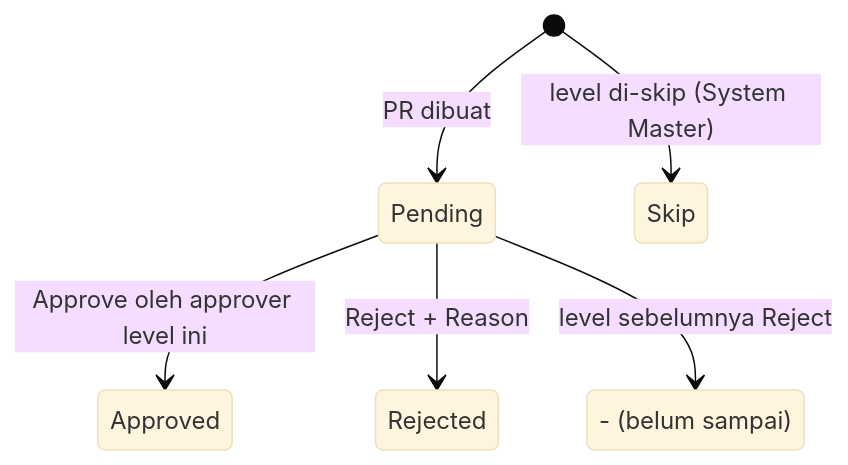
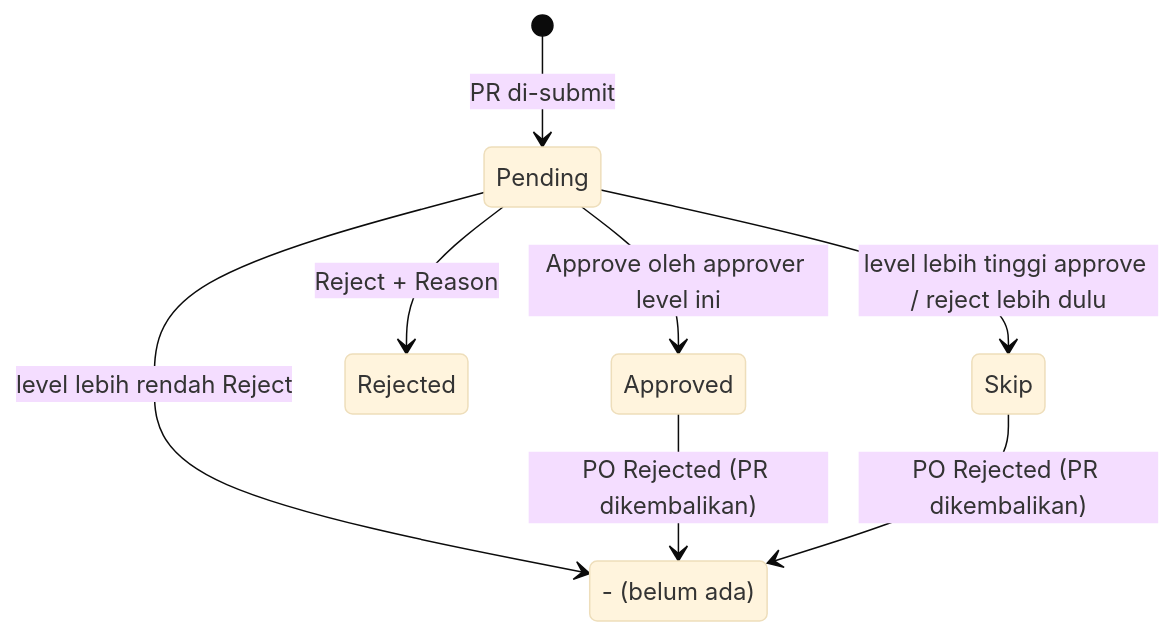
The second of 4 diagrams in docs/monthly-pr-po-rules.md (santo-san/tc-pbr), drawn with Mermaid (base theme) before and after one commit. The commit also changed other lines of this file and 3 other files, not shown here.

````diff
--- a/docs/monthly-pr-po-rules.md
+++ b/docs/monthly-pr-po-rules.md
@@ -72,13 +80,15 @@
 ```mermaid
 stateDiagram-v2
   state "Pending" as P
   state "Approved" as A
   state "Rejected" as R
   state "Skip" as S
-  state "- (belum sampai)" as N
-  [*] --> P : PR dibuat
-  [*] --> S : level di-skip (System Master)
+  state "- (belum ada)" as N
+  [*] --> P : PR di-submit
   P --> A : Approve oleh approver level ini
   P --> R : Reject + Reason
-  P --> N : level sebelumnya Reject
+  P --> S : level lebih tinggi approve / reject lebih dulu
+  P --> N : level lebih rendah Reject
+  A --> N : PO Rejected (PR dikembalikan)
+  S --> N : PO Rejected (PR dikembalikan)
 ```
````
